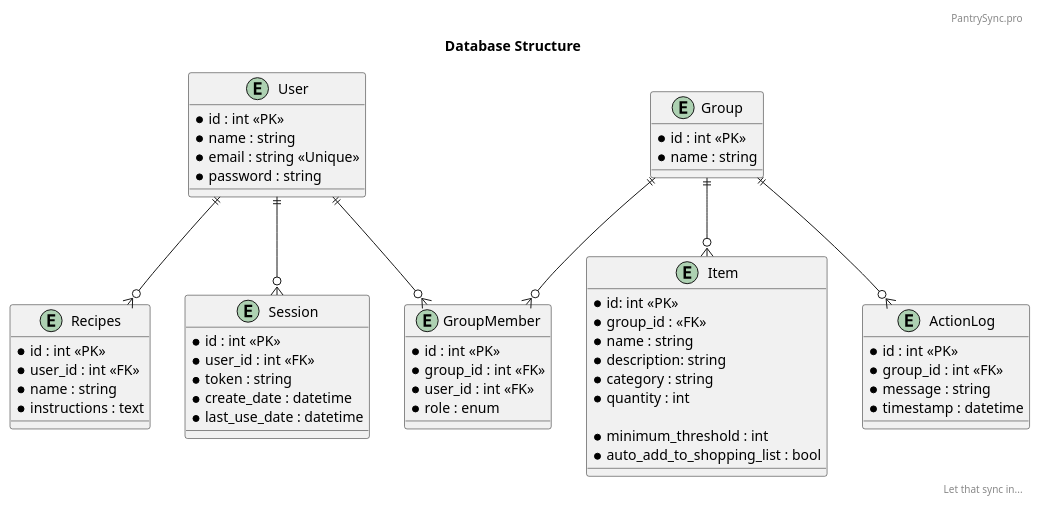
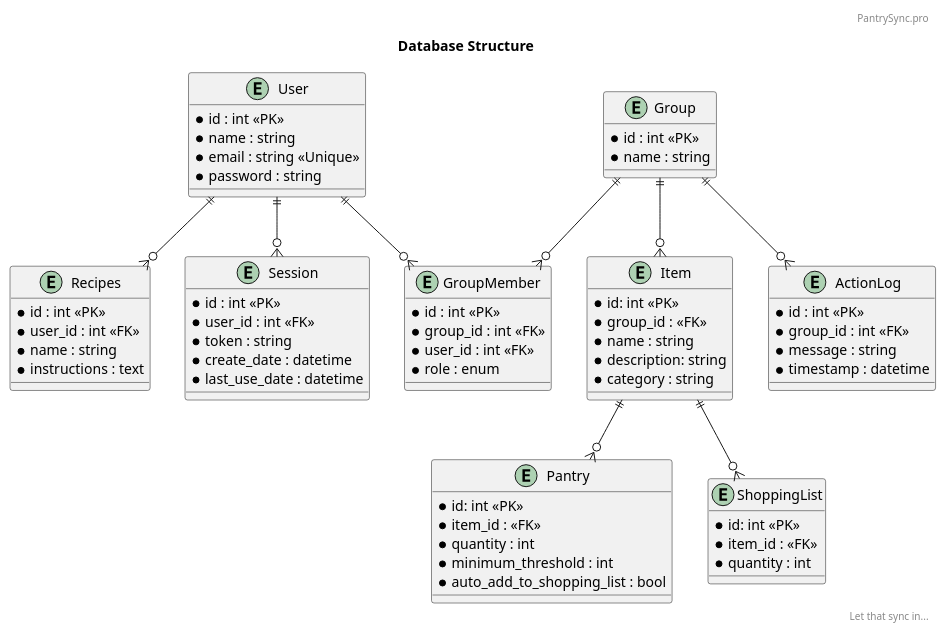
Before and after one commit to kyutc/RestockApi: the diagram in docs/database.puml, drawn with PlantUML.

Commit message:
Add pantry/shopping list, restructure item

```diff
--- a/docs/database.puml
+++ b/docs/database.puml
@@ -1,73 +1,85 @@
 @startuml Pantry Manager Classes
 
 header PantrySync.pro
 right footer Let that sync in...
 title Database Structure
 
     entity User {
         *id : int <<PK>>
         *name : string
         *email : string <<Unique>>
         *password : string
     }
 
     entity Group {
         *id : int <<PK>>
         *name : string
     }
 
     entity GroupMember {
         *id : int <<PK>>
         *group_id : int <<FK>>
         *user_id : int <<FK>>
         ' Role can be expanded to something dynamic rather than an enum
         *role : enum
     }
 
     entity Item {
         *id: int <<PK>>
         *group_id : <<FK>>
         *name : string
         *description: string
+        ' Category could be an enum
         *category : string
-        ' What are stock_quantity, shop_quantity, and quantity?
+    }
+
+    entity Pantry {
+        *id: int <<PK>>
+        *item_id : <<FK>>
         *quantity : int
-
         *minimum_threshold : int
         *auto_add_to_shopping_list : bool
+    }
+
+    entity ShoppingList {
+        *id: int <<PK>>
+        *item_id : <<FK>>
+        *quantity : int
     }
 
     entity Recipes {
         *id : int <<PK>>
         *user_id : int <<FK>>
         *name : string
         /' Including ingredients here for the purpose of identifying possible recipes for given ingredients would
            require a more advanced structure.
         '/
         *instructions : text
     }
     
     entity ActionLog {
         ' Is this an audit log?
         *id : int <<PK>>
         *group_id : int <<FK>>
         *message : string
         *timestamp : datetime
     }
 
     entity Session {
         *id : int <<PK>>
         *user_id : int <<FK>>
         *token : string
         *create_date : datetime
         *last_use_date : datetime
     }
 
     User  ||--o{ GroupMember
     User  ||--o{ Recipes
     User  ||--o{ Session
     Group ||--o{ ActionLog
     Group ||--o{ GroupMember
     Group ||--o{ Item
+    Item  ||--o{ Pantry
+    Item  ||--o{ ShoppingList
 
 @enduml
```
